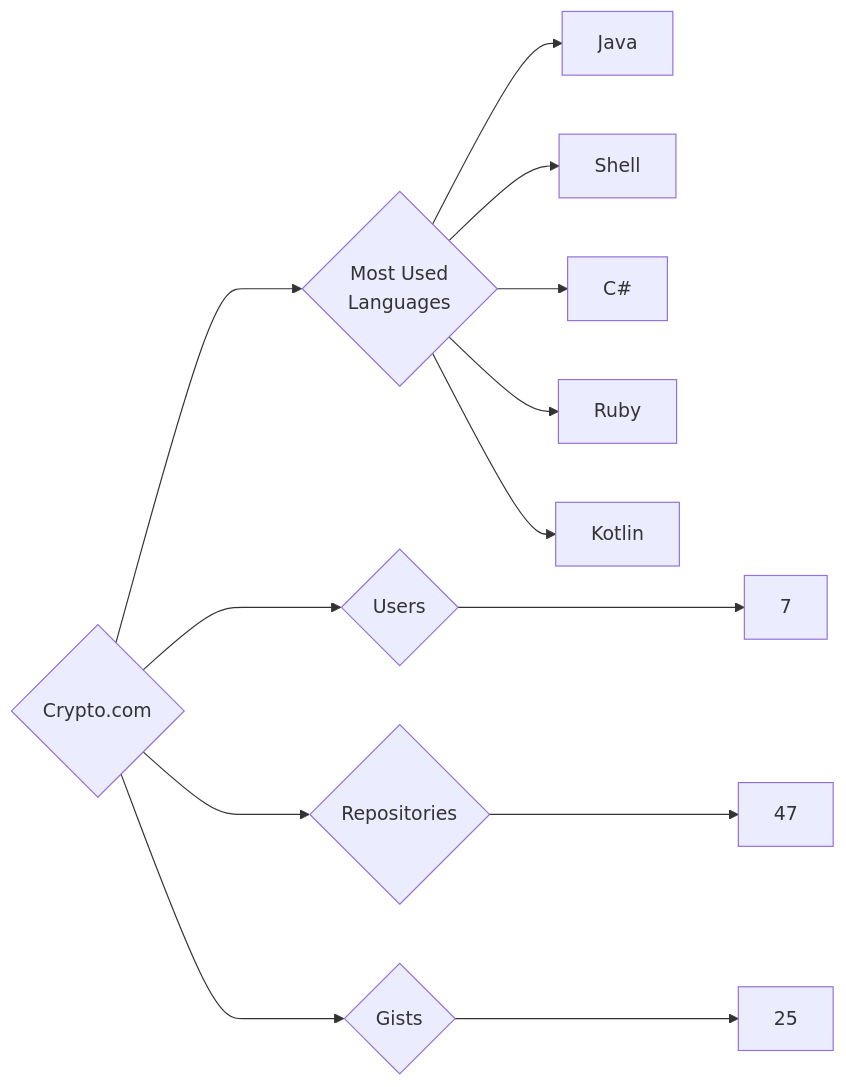
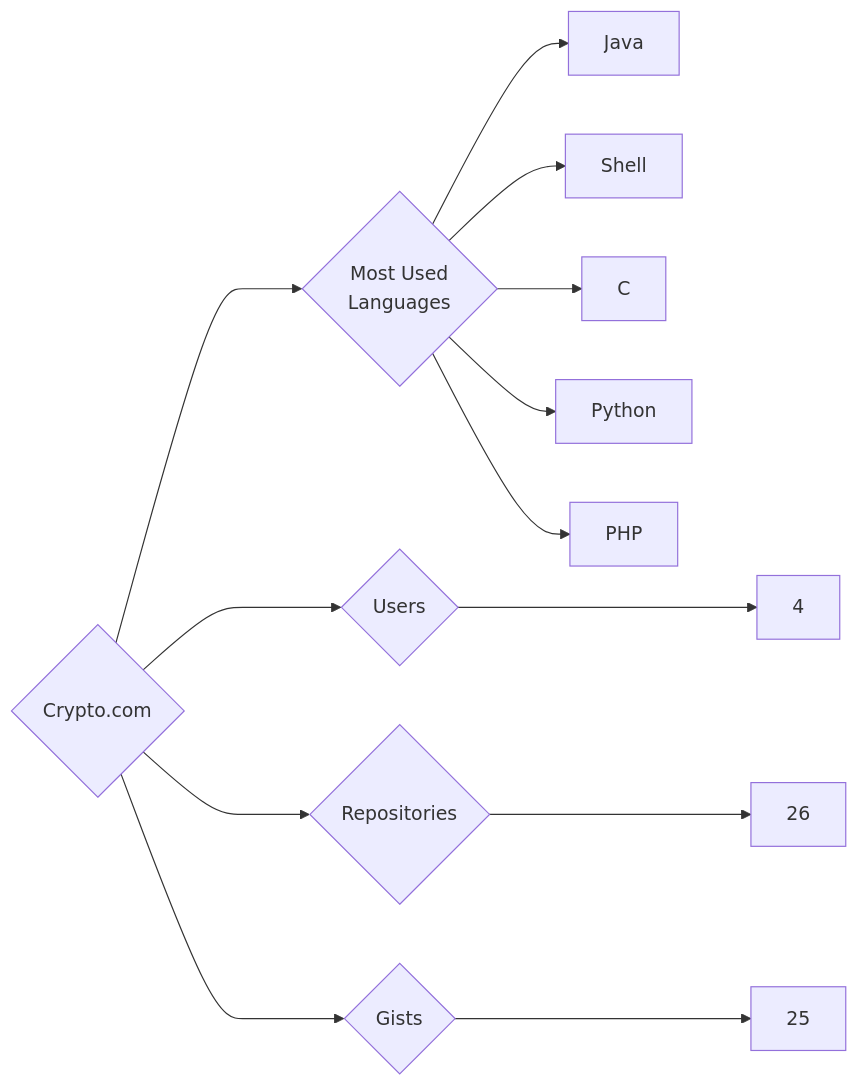
Before and after one commit to trickest/insiders: the diagram in targets/Crypto.com/README.md, drawn with Mermaid. The commit also changed 776 other files, not shown here.

````diff
--- a/targets/Crypto.com/README.md
+++ b/targets/Crypto.com/README.md
@@ -3,13 +3,13 @@
 ```mermaid
 graph LR
 COMPANY_NAME{Crypto.com}
-COMPANY_NAME ---> U{Users} ---> UN[7]
-COMPANY_NAME ---> R{Repositories} ---> RN[47]
+COMPANY_NAME ---> U{Users} ---> UN[4]
+COMPANY_NAME ---> R{Repositories} ---> RN[26]
 COMPANY_NAME ---> G{Gists} ---> GN[25]
 COMPANY_NAME ---> ML{Most Used<br>Languages}
 ML --> Java[Java]
 ML --> Shell[Shell]
-ML --> C#[C#]
-ML --> Ruby[Ruby]
-ML --> Kotlin[Kotlin]
+ML --> C[C]
+ML --> Python[Python]
+ML --> PHP[PHP]
 ```
````
